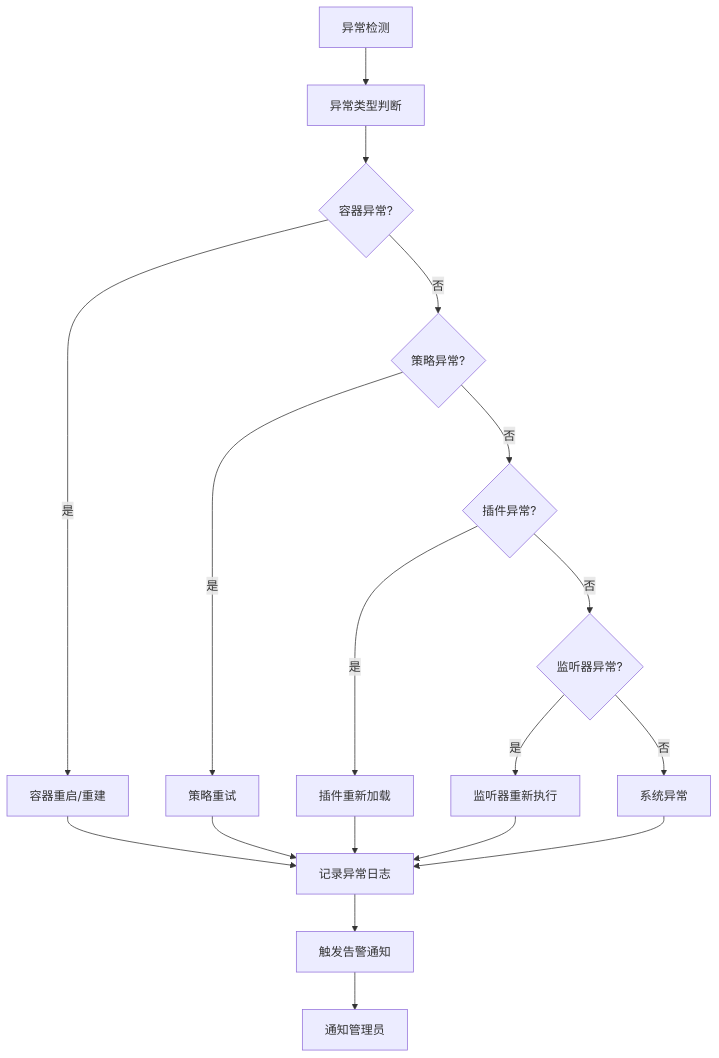
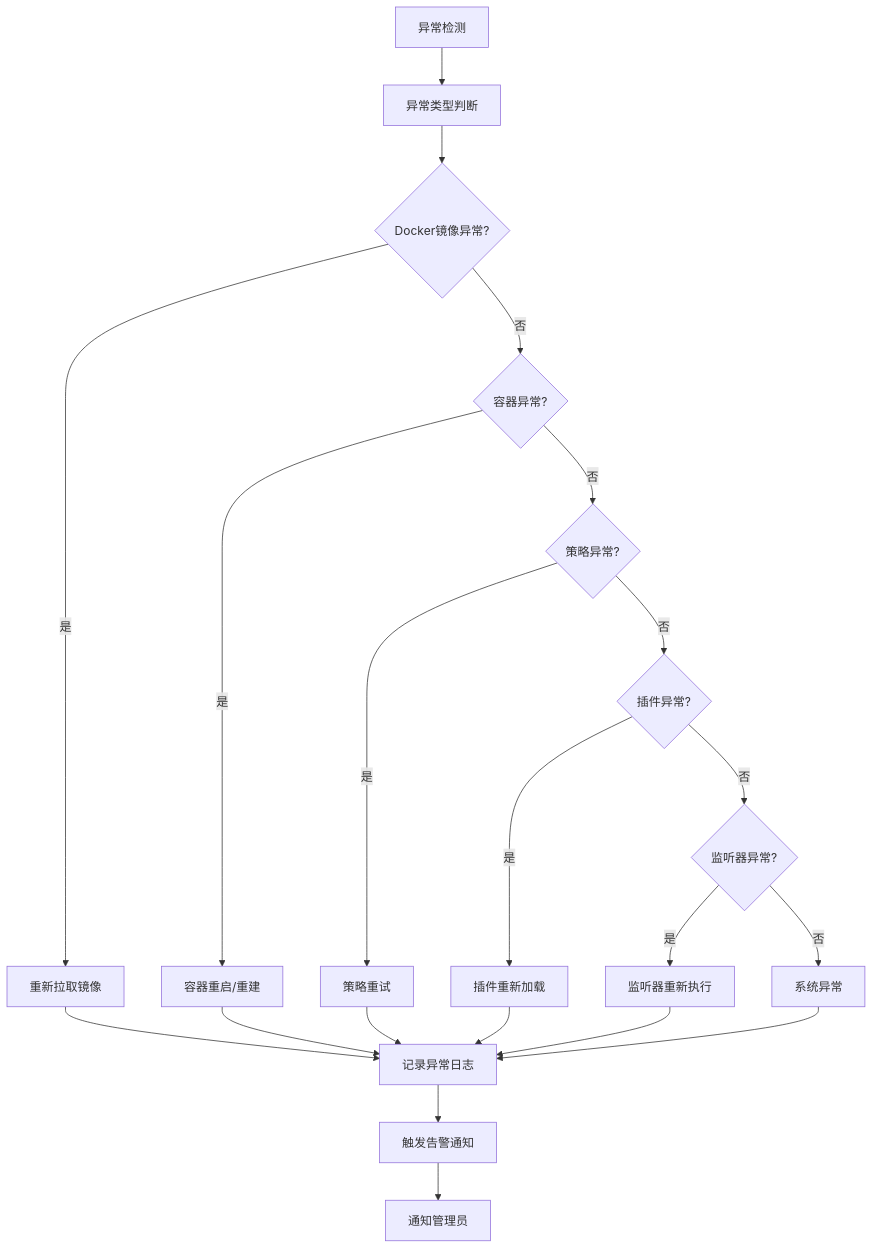
One commit to shenge08/hs-taskm changed the ninth of 11 diagrams in docs/arch/logic_flow.md. Above: the diagram before and after it, drawn with Mermaid. The commit also changed other lines of this file and 3 other files, not shown here.

First line of the commit message:
feat: complete Stage 2 & Stage 3 architecture and testing

````diff
--- a/docs/arch/logic_flow.md
+++ b/docs/arch/logic_flow.md
@@ -158,20 +224,23 @@
 ```mermaid
 graph TD
     A[异常检测] --> B[异常类型判断]
-    B --> C{容器异常?}
-    C -->|是| D[容器重启/重建]
-    C -->|否| E{策略异常?}
-    E -->|是| F[策略重试]
-    E -->|否| G{插件异常?}
-    G -->|是| H[插件重新加载]
-    G -->|否| I{监听器异常?}
-    I -->|是| J[监听器重新执行]
-    I -->|否| K[系统异常]
-    D --> L[记录异常日志]
-    F --> L
-    H --> L
-    J --> L
-    K --> L
-    L --> M[触发告警通知]
-    M --> N[通知管理员]
+    B --> C{Docker镜像异常?}
+    C -->|是| D[重新拉取镜像]
+    C -->|否| E{容器异常?}
+    E -->|是| F[容器重启/重建]
+    E -->|否| G{策略异常?}
+    G -->|是| H[策略重试]
+    G -->|否| I{插件异常?}
+    I -->|是| J[插件重新加载]
+    I -->|否| K{监听器异常?}
+    K -->|是| L[监听器重新执行]
+    K -->|否| M[系统异常]
+    D --> N[记录异常日志]
+    F --> N
+    H --> N
+    J --> N
+    L --> N
+    M --> N
+    N --> O[触发告警通知]
+    O --> P[通知管理员]
 ```
````
